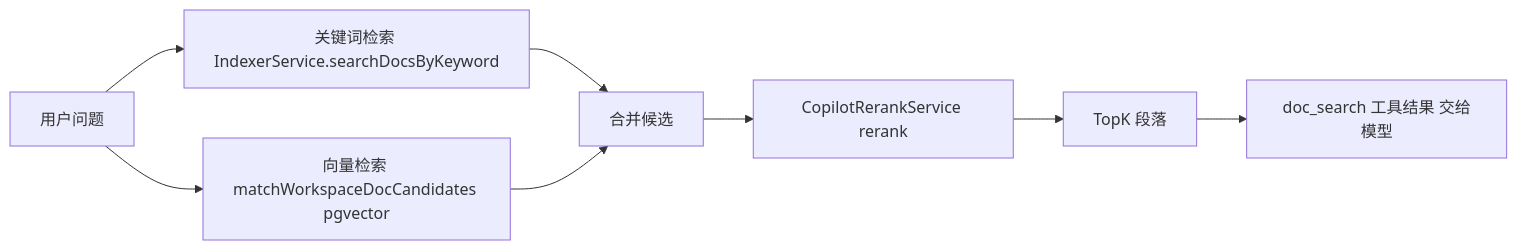
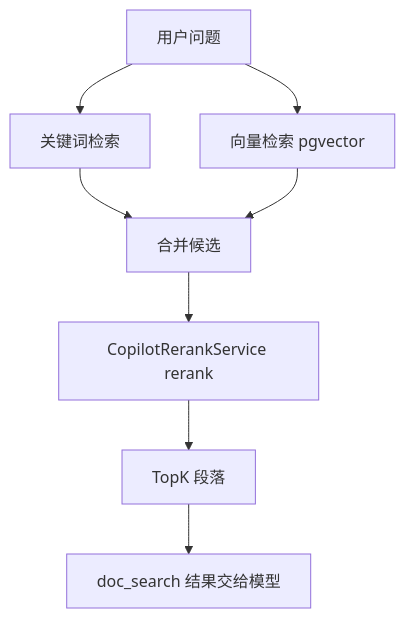
The fourth of 5 diagrams in learning-guide/slides/decks/24.md (lfire/AFFiNE), drawn with Mermaid before and after one commit. The commit also changed other lines of this file and 46 other files, not shown here.

````diff
--- a/learning-guide/slides/decks/24.md
+++ b/learning-guide/slides/decks/24.md
@@ -253,10 +236,10 @@
 ```mermaid
-flowchart LR
-    Q[用户问题] --> L["关键词检索 IndexerService.searchDocsByKeyword"]
-    Q --> V["向量检索 matchWorkspaceDocCandidates pgvector"]
-    L --> M[合并候选]
-    V --> M
-    M --> R["CopilotRerankService rerank"]
-    R --> K[TopK 段落]
-    K --> T["doc_search 工具结果 交给模型"]
+flowchart TB
+  Q["用户问题"] --> L["关键词检索"]
+  Q --> V["向量检索 pgvector"]
+  L --> M["合并候选"]
+  V --> M
+  M --> R["CopilotRerankService rerank"]
+  R --> K["TopK 段落"]
+  K --> T["doc_search 结果交给模型"]
 ```
````
